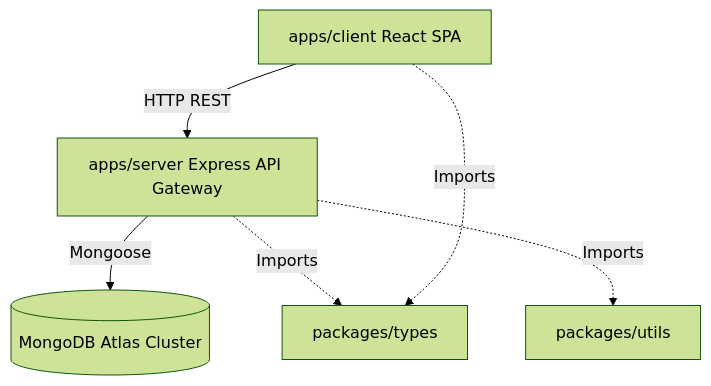
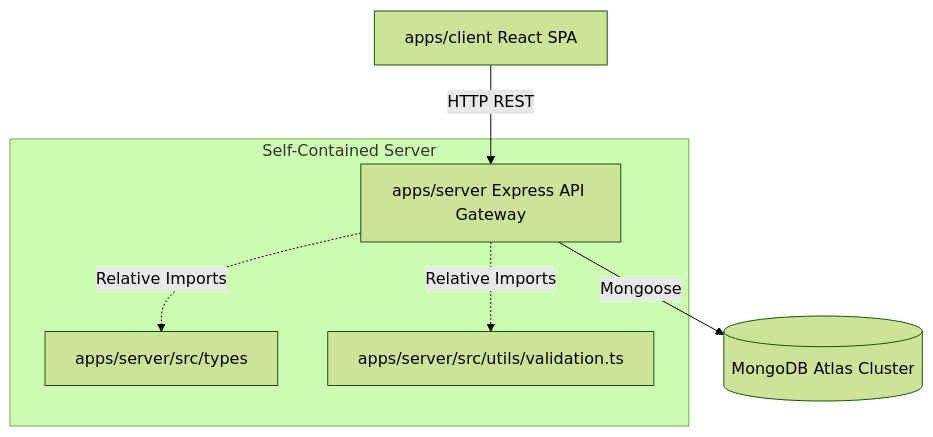
One commit to ShankarSwarup/cardekho_assignment changed the diagram in DOCUMENTATION.md. Above: the diagram before and after it, drawn with Mermaid (forest theme). The commit also changed other lines of this file and 63 other files, not shown here.

````diff
--- a/DOCUMENTATION.md
+++ b/DOCUMENTATION.md
@@ -11,9 +11,10 @@
 ```mermaid
 graph TD
     Client[apps/client React SPA] -->|HTTP REST| Server[apps/server Express API Gateway]
     Server -->|Mongoose| MongoDB[(MongoDB Atlas Cluster)]
     
-    Server -.->|Imports| Types[packages/types]
-    Server -.->|Imports| Utils[packages/utils]
-    Client -.->|Imports| Types
+    subgraph Self-Contained Server
+        Server -.->|Relative Imports| Types[apps/server/src/types]
+        Server -.->|Relative Imports| Utils[apps/server/src/utils/validation.ts]
+    end
 ```
````
